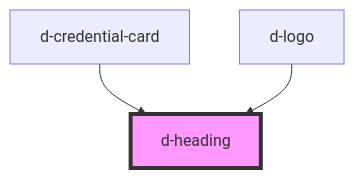
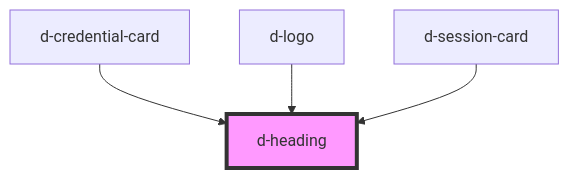
The diagram in src/components/heading/readme.md (ForkbombEu/didroom-components), drawn with Mermaid before and after one commit. The commit also changed other lines of this file and 11 other files, not shown here.

Commit message:
feat: session card for feedbacks

````diff
--- a/src/components/heading/readme.md
+++ b/src/components/heading/readme.md
@@ -24,6 +25,7 @@
 ```mermaid
 graph TD;
   d-credential-card --> d-heading
   d-logo --> d-heading
+  d-session-card --> d-heading
   style d-heading fill:#f9f,stroke:#333,stroke-width:4px
 ```
````
